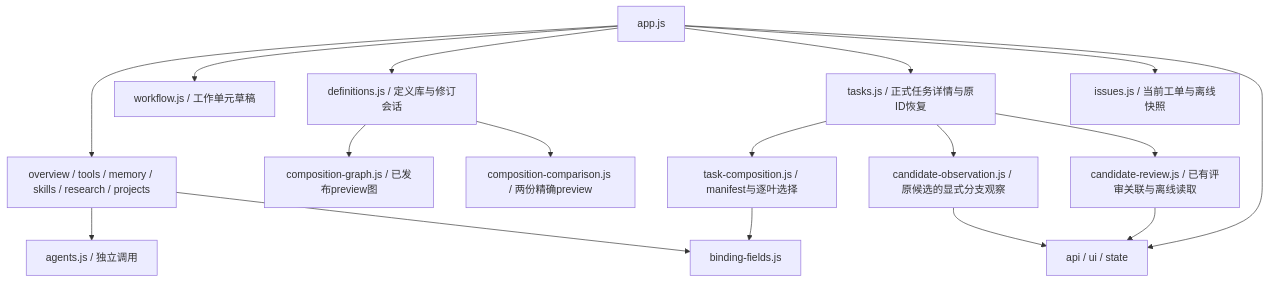
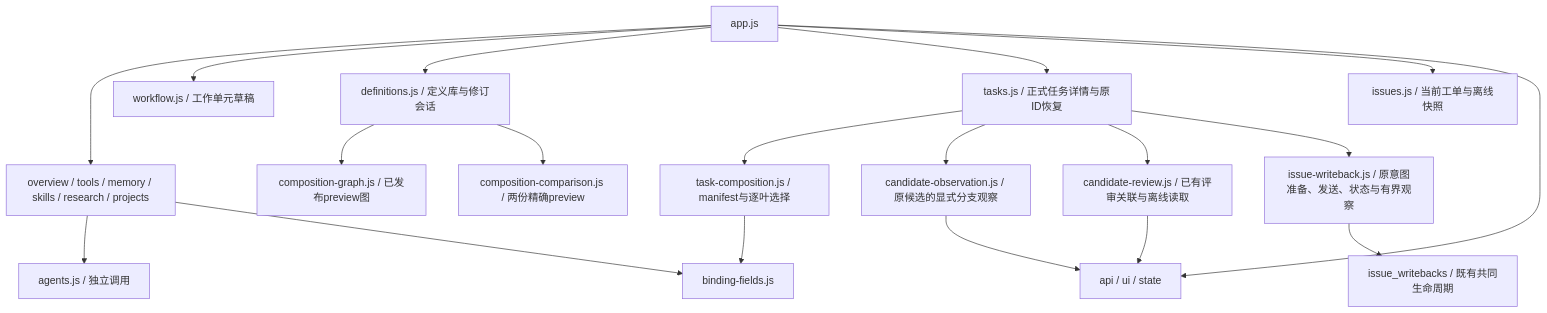
Before and after one commit to 626619403/Ergora: the fourth of 5 diagrams in docs/architecture/current.md, drawn with Mermaid. The commit also changed other lines of this file and 18 other files, not shown here.

Commit message:
feat: prepare and recover candidate issue writebacks in the console

````diff
--- a/docs/architecture/current.md
+++ b/docs/architecture/current.md
@@ -182,19 +182,21 @@
 ```mermaid
 flowchart TB
   App[app.js] --> Views[overview / tools / memory / skills / research / projects]
   App --> Draft[workflow.js / 工作单元草稿]
   App --> Definitions[definitions.js / 定义库与修订会话]
   App --> Tasks[tasks.js / 正式任务详情与原ID恢复]
   App --> Issues[issues.js / 当前工单与离线快照]
   Views --> Agents[agents.js / 独立调用]
   Definitions --> Graph[composition-graph.js / 已发布preview图]
   Definitions --> Compare[composition-comparison.js / 两份精确preview]
   Tasks --> Selection[task-composition.js / manifest与逐叶选择]
   Tasks --> Candidate[candidate-observation.js / 原候选的显式分支观察]
   Candidate --> Shared
   Tasks --> SavedReview[candidate-review.js / 已有评审关联与离线读取]
+  Tasks --> WritebackView[issue-writeback.js / 原意图准备、发送、状态与有界观察]
+  WritebackView --> WritebackOwner[issue_writebacks / 既有共同生命周期]
   SavedReview --> Shared
   Selection --> Fields[binding-fields.js]
   Views --> Fields
   App --> Shared[api / ui / state]
 ```
````
